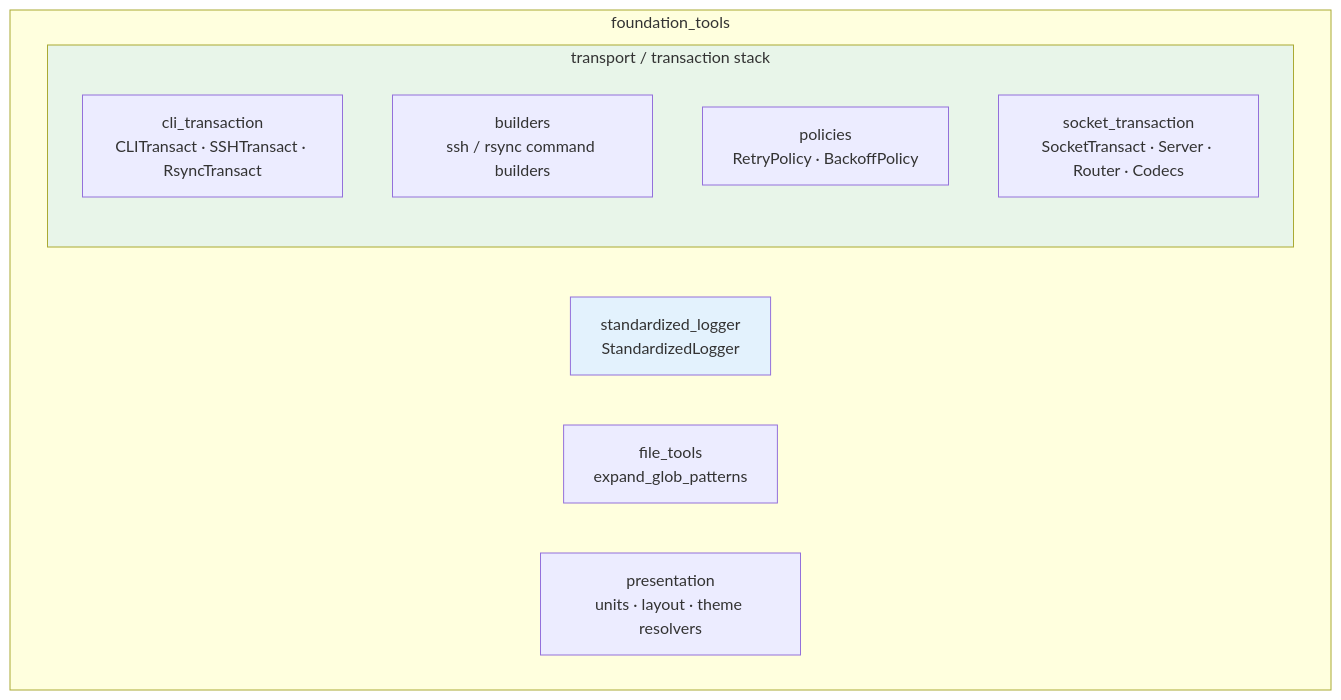
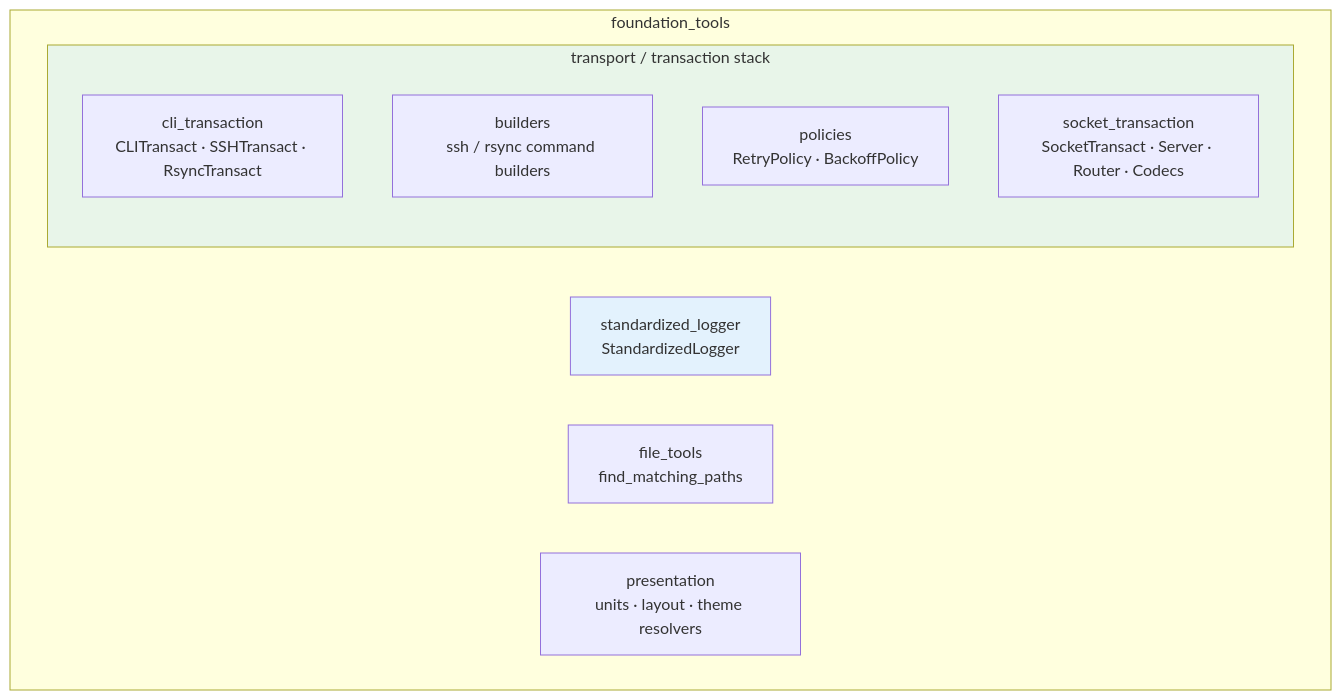
One commit to kopecn/py-foundationTools changed the first of 11 diagrams in docs/foundation_tools.md. Above: the diagram before and after it, drawn with Mermaid. The commit also changed other lines of this file and 4 other files, not shown here.

````diff
--- a/docs/foundation_tools.md
+++ b/docs/foundation_tools.md
@@ -5,17 +5,17 @@
 ```mermaid
 graph TD
     subgraph ft["foundation_tools"]
         LOG["standardized_logger<br/>StandardizedLogger"]
-        FILES["file_tools<br/>expand_glob_patterns"]
+        FILES["file_tools<br/>find_matching_paths"]
         PRES["presentation<br/>units · layout · theme resolvers"]
         subgraph transport["transport / transaction stack"]
             CLI["cli_transaction<br/>CLITransact · SSHTransact · RsyncTransact"]
             BUILD["builders<br/>ssh / rsync command builders"]
             POL["policies<br/>RetryPolicy · BackoffPolicy"]
             SOCK["socket_transaction<br/>SocketTransact · Server · Router · Codecs"]
         end
     end
 
     style transport fill:#e8f5e9
     style LOG fill:#e3f2fd
 ```
````
